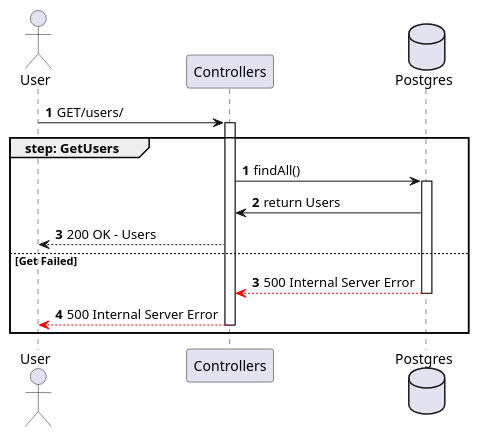
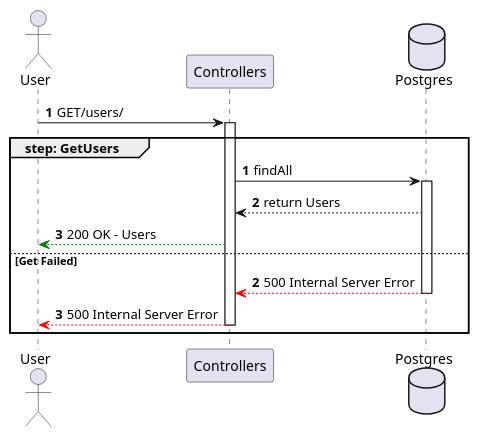
One commit to ShadowWalker1411/ProgrammazioneAvanzataREPO changed the diagram in sequence_diagrams/GetUsers.puml. Above: the diagram before and after it, drawn with PlantUML. The commit also changed 10 other files, not shown here.

```diff
--- a/sequence_diagrams/GetUsers.puml
+++ b/sequence_diagrams/GetUsers.puml
@@ -1,20 +1,20 @@
 @startuml getUsers
 
 actor User
 participant Controllers
 database Postgres
 
 autonumber
 User -> Controllers ++: GET/users/
 autonumber 1
 group step: GetUsers
-    Controllers -> Postgres ++: findAll()
-    Postgres -> Controllers: return Users
-    Controllers --> User : 200 OK - Users
+    Controllers -> Postgres ++: findAll
+    Postgres --> Controllers: return Users
+    Controllers --[#green]> User : 200 OK - Users
 else Get Failed
-    autonumber 3
+    autonumber 2
     Postgres --[#red]> Controllers --: 500 Internal Server Error
     Controllers --[#red]> User --: 500 Internal Server Error
 end
 
 @enduml
```
